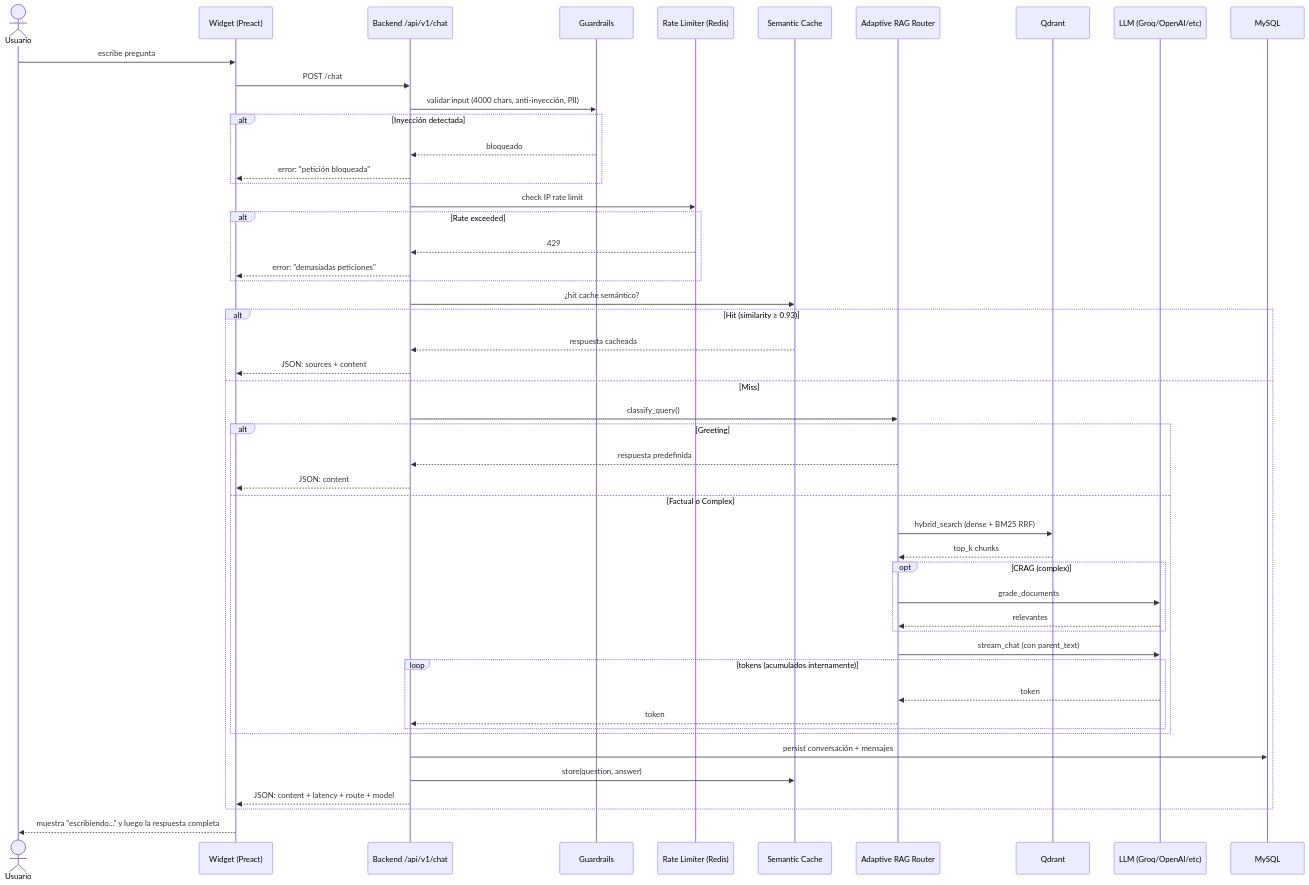
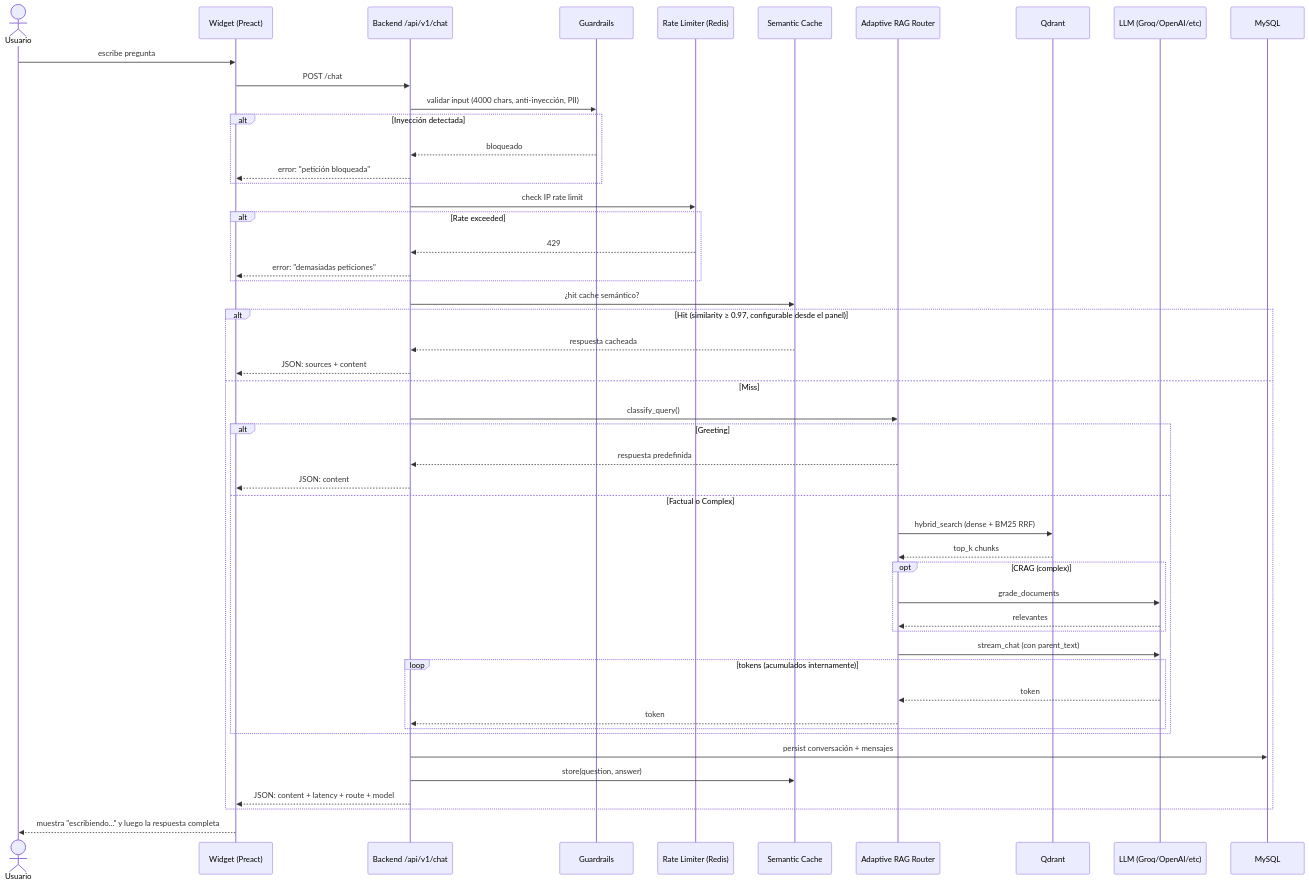
The third of 6 diagrams in docs/ARCHITECTURE.md (AdoDeveloper/chatbot-uso), drawn with Mermaid before and after one commit. The commit also changed other lines of this file and 3 other files, not shown here.

````diff
--- a/docs/ARCHITECTURE.md
+++ b/docs/ARCHITECTURE.md
@@ -105,58 +105,58 @@
 ```mermaid
 sequenceDiagram
     actor U as Usuario
     participant W as Widget (Preact)
     participant API as Backend /api/v1/chat
     participant G as Guardrails
     participant RL as Rate Limiter (Redis)
     participant SC as Semantic Cache
     participant R as Adaptive RAG Router
     participant Q as Qdrant
     participant L as LLM (Groq/OpenAI/etc)
     participant DB as MySQL
 
     U->>W: escribe pregunta
     W->>API: POST /chat
 
     API->>G: validar input (4000 chars, anti-inyección, PII)
     alt Inyección detectada
         G-->>API: bloqueado
         API-->>W: error: "petición bloqueada"
     end
 
     API->>RL: check IP rate limit
     alt Rate exceeded
         RL-->>API: 429
         API-->>W: error: "demasiadas peticiones"
     end
 
     API->>SC: ¿hit cache semántico?
-    alt Hit (similarity ≥ 0.93)
+    alt Hit (similarity ≥ 0.97, configurable desde el panel)
         SC-->>API: respuesta cacheada
         API-->>W: JSON: sources + content
     else Miss
         API->>R: classify_query()
         alt Greeting
             R-->>API: respuesta predefinida
             API-->>W: JSON: content
         else Factual o Complex
             R->>Q: hybrid_search (dense + BM25 RRF)
             Q-->>R: top_k chunks
             opt CRAG (complex)
                 R->>L: grade_documents
                 L-->>R: relevantes
             end
             R->>L: stream_chat (con parent_text)
             loop tokens (acumulados internamente)
                 L-->>R: token
                 R-->>API: token
             end
         end
 
         API->>DB: persist conversación + mensajes
         API->>SC: store(question, answer)
         API-->>W: JSON: content + latency + route + model
     end
 
     W-->>U: muestra "escribiendo..." y luego la respuesta completa
 ```
````
